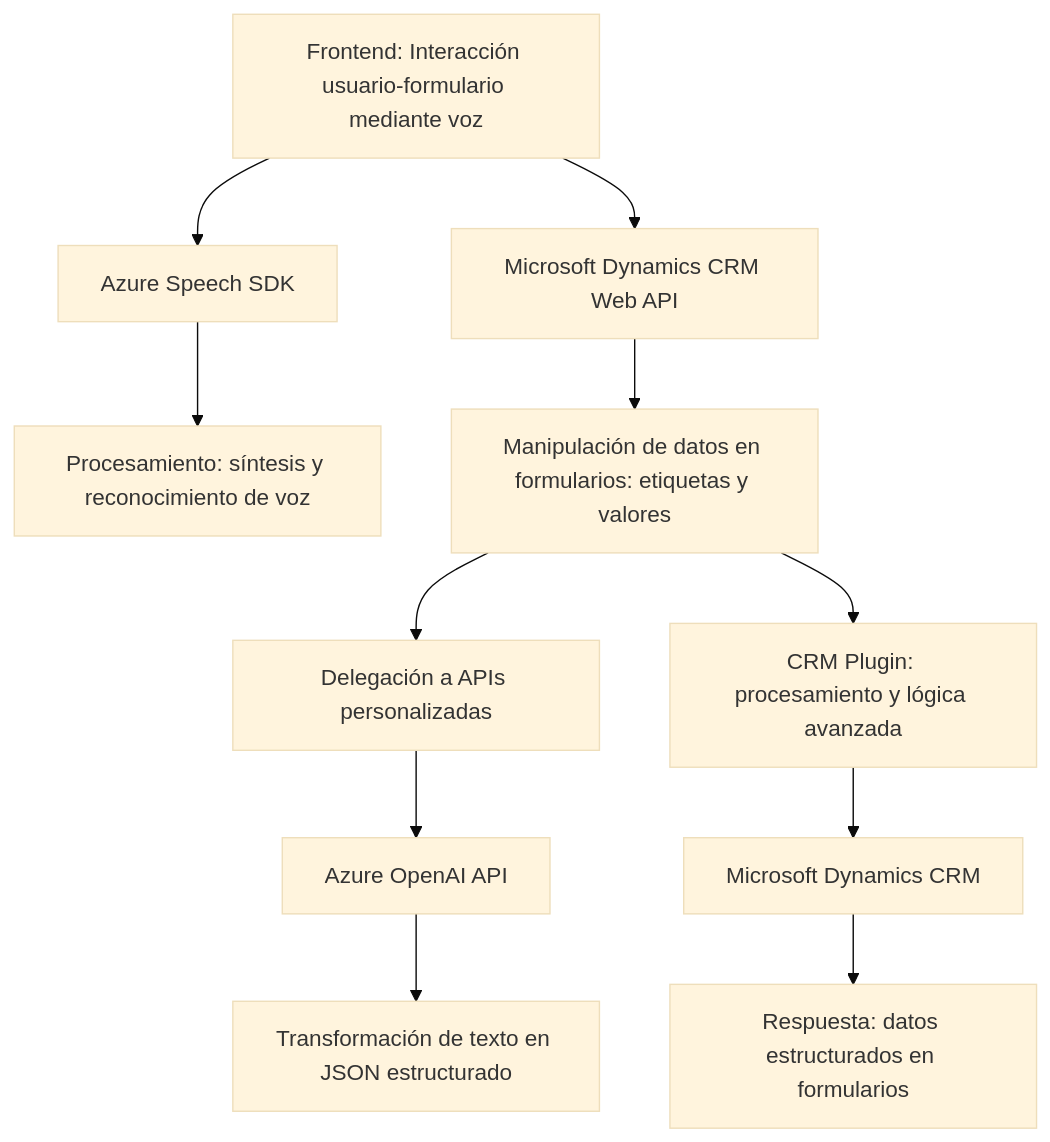
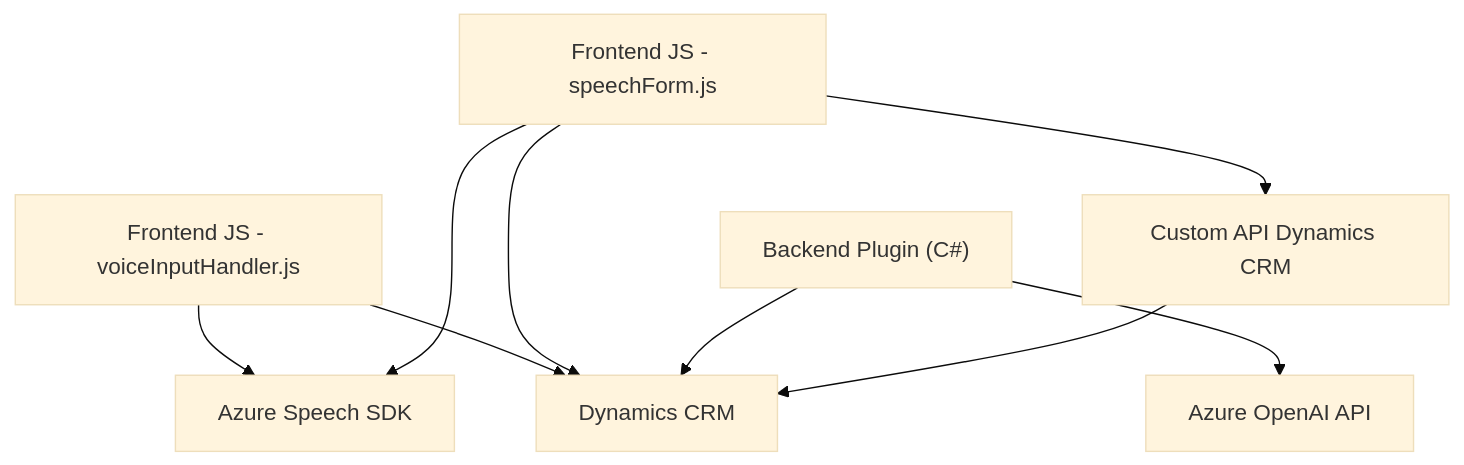
The diagram in README.md (blopezdm/NETCORE_BILBAO2025), drawn with Mermaid (base theme) before and after one commit. The commit also changed other lines of this file, not shown here.

````diff
--- a/README.md
+++ b/README.md
@@ -33,13 +51,19 @@
 ```mermaid
 graph TD
-    A["Frontend: Interacción usuario-formulario mediante voz"] --> B["Azure Speech SDK"]
-    A --> C["Microsoft Dynamics CRM Web API"]
-    B --> D["Procesamiento: síntesis y reconocimiento de voz"]
-    C --> E["Manipulación de datos en formularios: etiquetas y valores"]
-    E --> F["Delegación a APIs personalizadas"]
-    F --> G["Azure OpenAI API"]
-    G --> H["Transformación de texto en JSON estructurado"]
-    E --> I["CRM Plugin: procesamiento y lógica avanzada"]
-    I --> J["Microsoft Dynamics CRM"]
-    J --> K["Respuesta: datos estructurados en formularios"]
+    A["Frontend JS - voiceInputHandler.js"]
+    B["Frontend JS - speechForm.js"]
+    C["Backend Plugin (C#)"]
+    D["Dynamics CRM"]
+    E["Azure Speech SDK"]
+    F["Azure OpenAI API"]
+    G["Custom API Dynamics CRM"]
+
+    A --> E
+    B --> E
+    A --> D
+    B --> D
+    C --> D
+    C --> F
+    B --> G
+    G --> D
 ```
````
